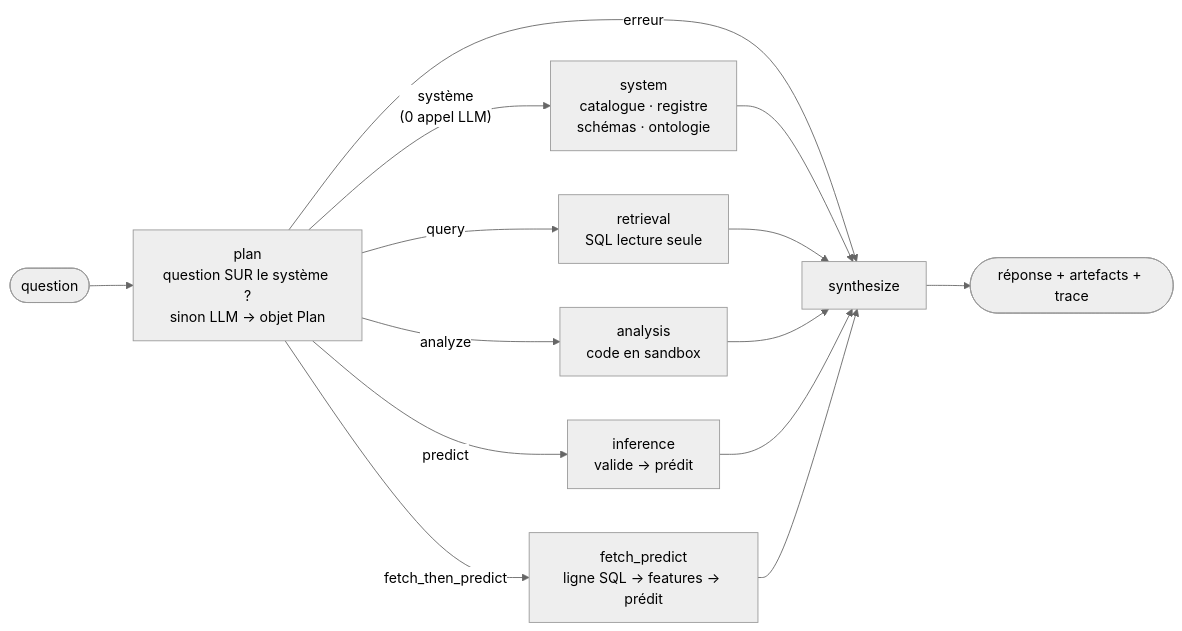
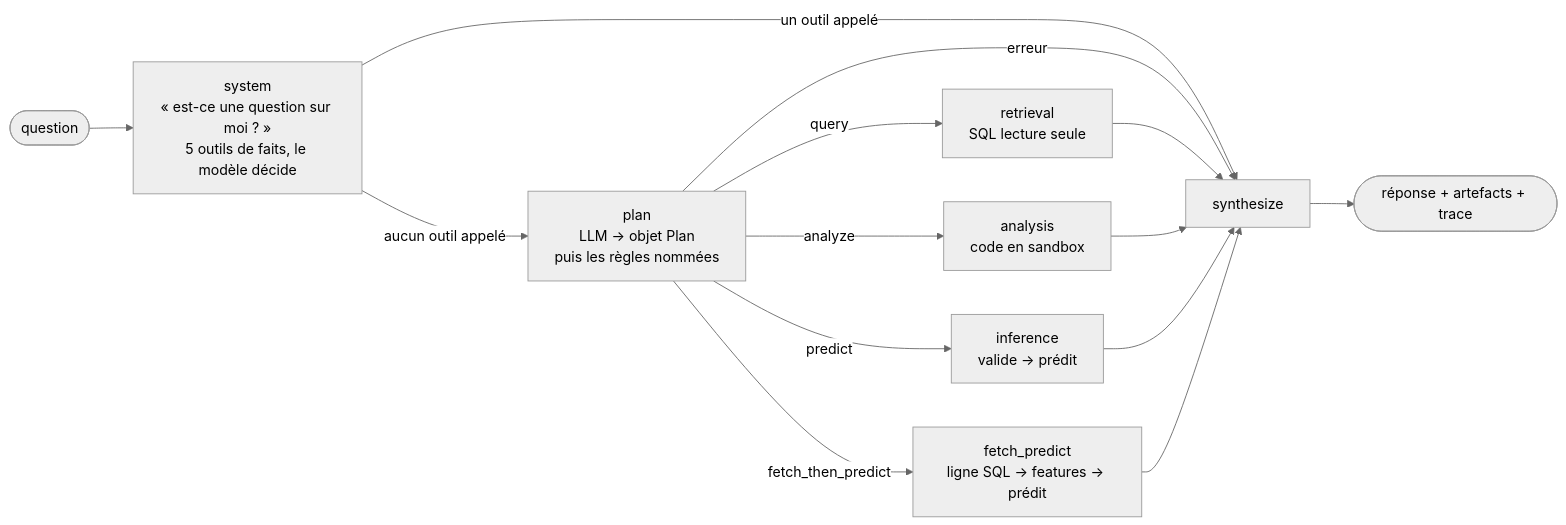
One commit to floSa/data-analyst-agent changed the second of 3 diagrams in docs/ARCHITECTURE.md. Above: the diagram before and after it, drawn with Mermaid (neutral theme). The commit also changed other lines of this file and 3 other files, not shown here.

````diff
--- a/docs/ARCHITECTURE.md
+++ b/docs/ARCHITECTURE.md
@@ -68,16 +68,16 @@
 ```mermaid
 flowchart LR
-    Q(["question"]) --> PLAN["plan<br/>question SUR le système ?<br/>sinon LLM → objet Plan"]
-    PLAN -->|"système<br/>(0 appel LLM)"| SYS["system<br/>catalogue · registre<br/>schémas · ontologie"]
+    Q(["question"]) --> SYS["system<br/>« est-ce une question sur moi ? »<br/>5 outils de faits, le modèle décide"]
+    SYS -->|"un outil appelé"| SYN["synthesize"]
+    SYS -->|"aucun outil appelé"| PLAN["plan<br/>LLM → objet Plan<br/>puis les règles nommées"]
     PLAN -->|"query"| RETR["retrieval<br/>SQL lecture seule"]
     PLAN -->|"analyze"| ANAL["analysis<br/>code en sandbox"]
     PLAN -->|"predict"| INFE["inference<br/>valide → prédit"]
     PLAN -->|"fetch_then_predict"| FP["fetch_predict<br/>ligne SQL → features → prédit"]
     PLAN -->|"erreur"| SYN
-    SYS --> SYN["synthesize"]
     RETR --> SYN
     ANAL --> SYN
     INFE --> SYN
     FP --> SYN
     SYN --> R(["réponse + artefacts + trace"])
 ```
````
